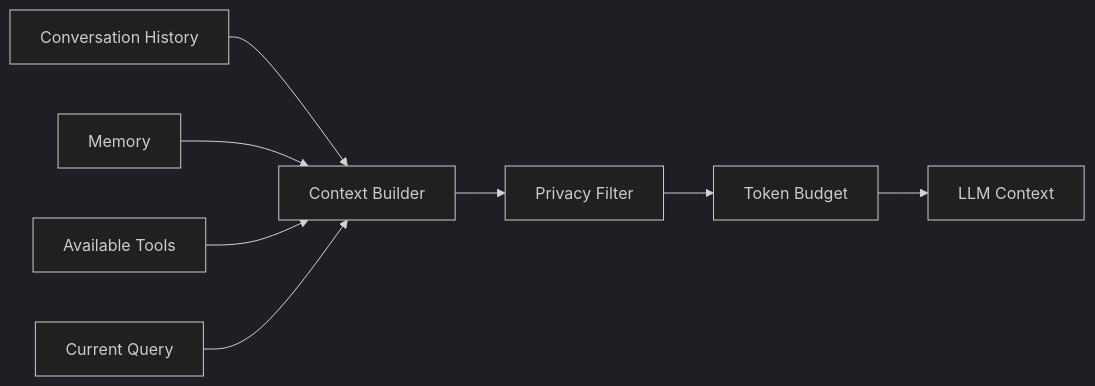
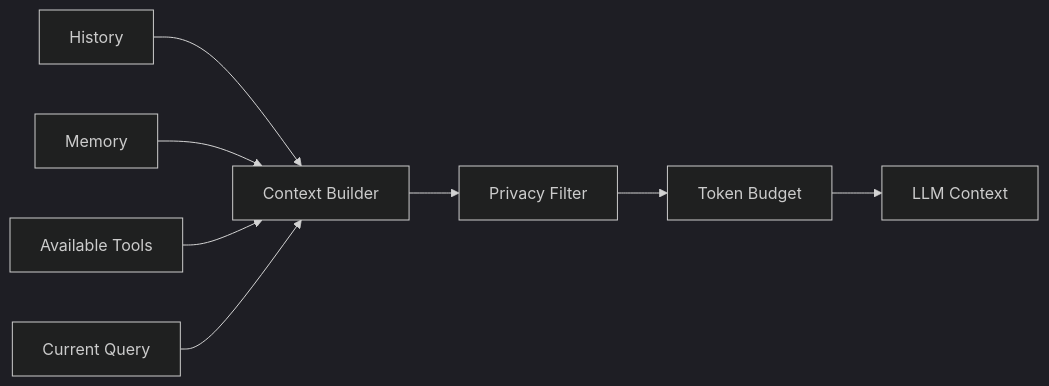
One commit to Rogerio5/INNA-AI-Engineering-Portfolio changed the ninth of 26 diagrams in README.md. Above: the diagram before and after it, drawn with Mermaid (dark theme). The commit also changed other lines of this file, not shown here.

````diff
--- a/README.md
+++ b/README.md
@@ -342,22 +371,19 @@
 ```mermaid
 flowchart LR
 
-    HISTORY[Conversation History]
-
+    HISTORY[History]
     MEMORY[Memory]
-
     TOOLS[Available Tools]
-
     QUERY[Current Query]
 
     HISTORY --> CONTEXT[Context Builder]
     MEMORY --> CONTEXT
     TOOLS --> CONTEXT
     QUERY --> CONTEXT
 
     CONTEXT --> PRIVACY[Privacy Filter]
 
     PRIVACY --> BUDGET[Token Budget]
 
     BUDGET --> LLM[LLM Context]
 ```
````
